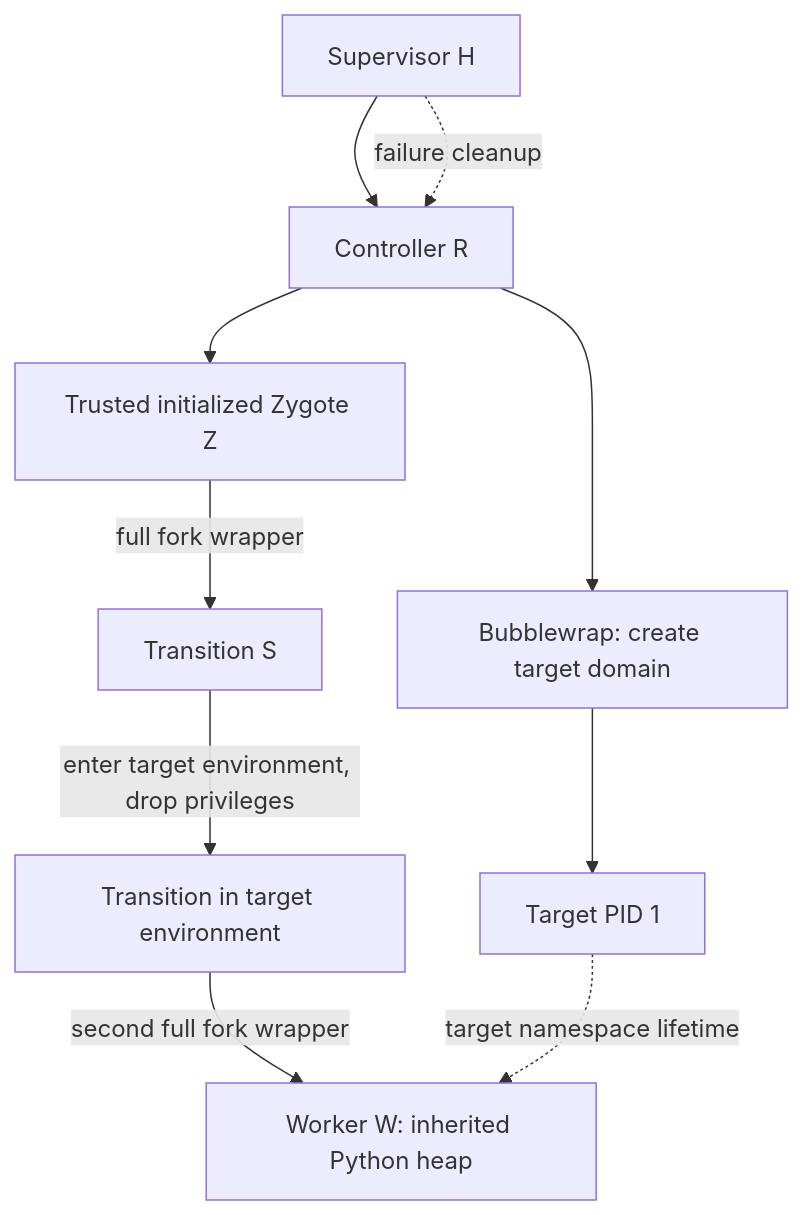
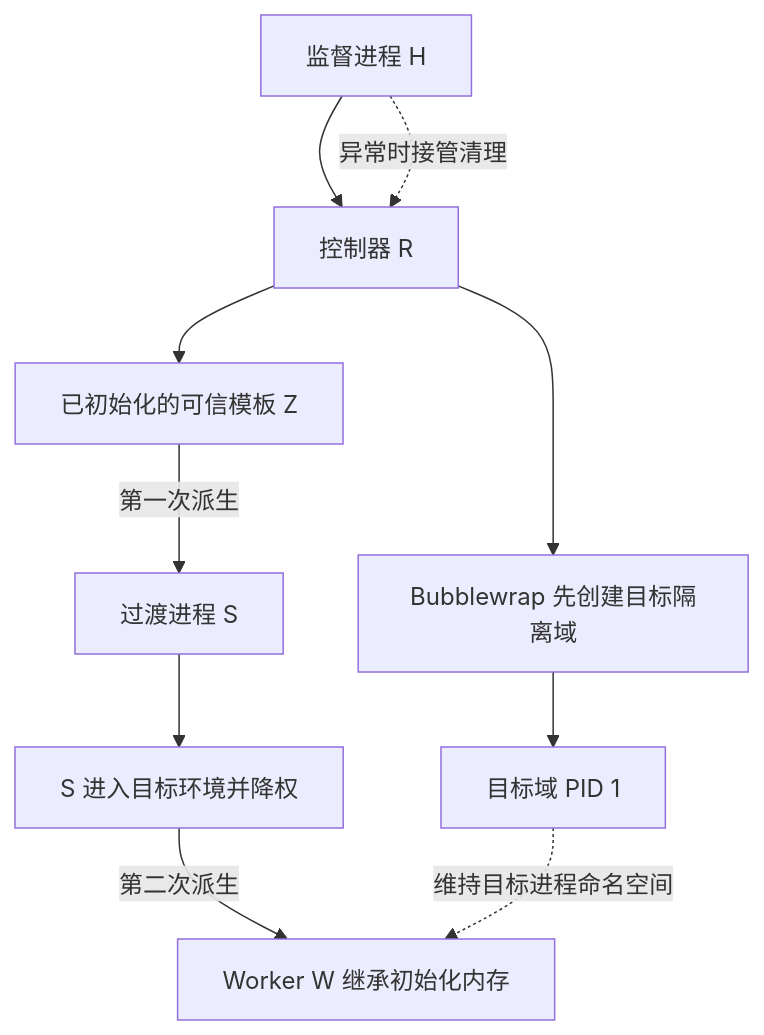
Before and after one commit to CynicDora/ShimOS: the second of 2 diagrams in README.md, drawn with Mermaid. The commit also changed other lines of this file and 12 other files, not shown here.

````diff
--- a/README.md
+++ b/README.md
@@ -35,12 +39,12 @@
 ```mermaid
 flowchart TD
-    H[Supervisor H] --> R[Controller R]
-    R --> B[Bubblewrap: create target domain]
-    B --> I[Target PID 1]
-    R --> Z[Trusted initialized Zygote Z]
-    Z -->|full fork wrapper| S[Transition S]
-    S -->|enter target environment, drop privileges| E[Transition in target environment]
-    E -->|second full fork wrapper| W[Worker W: inherited Python heap]
-    I -. target namespace lifetime .-> W
-    H -. failure cleanup .-> R
+    H[监督进程 H] --> R[控制器 R]
+    R --> B[Bubblewrap 先创建目标隔离域]
+    B --> I[目标域 PID 1]
+    R --> Z[已初始化的可信模板 Z]
+    Z -->|第一次派生| S[过渡进程 S]
+    S --> E[S 进入目标环境并降权]
+    E -->|第二次派生| W[Worker W 继承初始化内存]
+    I -. 维持目标进程命名空间 .-> W
+    H -. 异常时接管清理 .-> R
 ```
````
